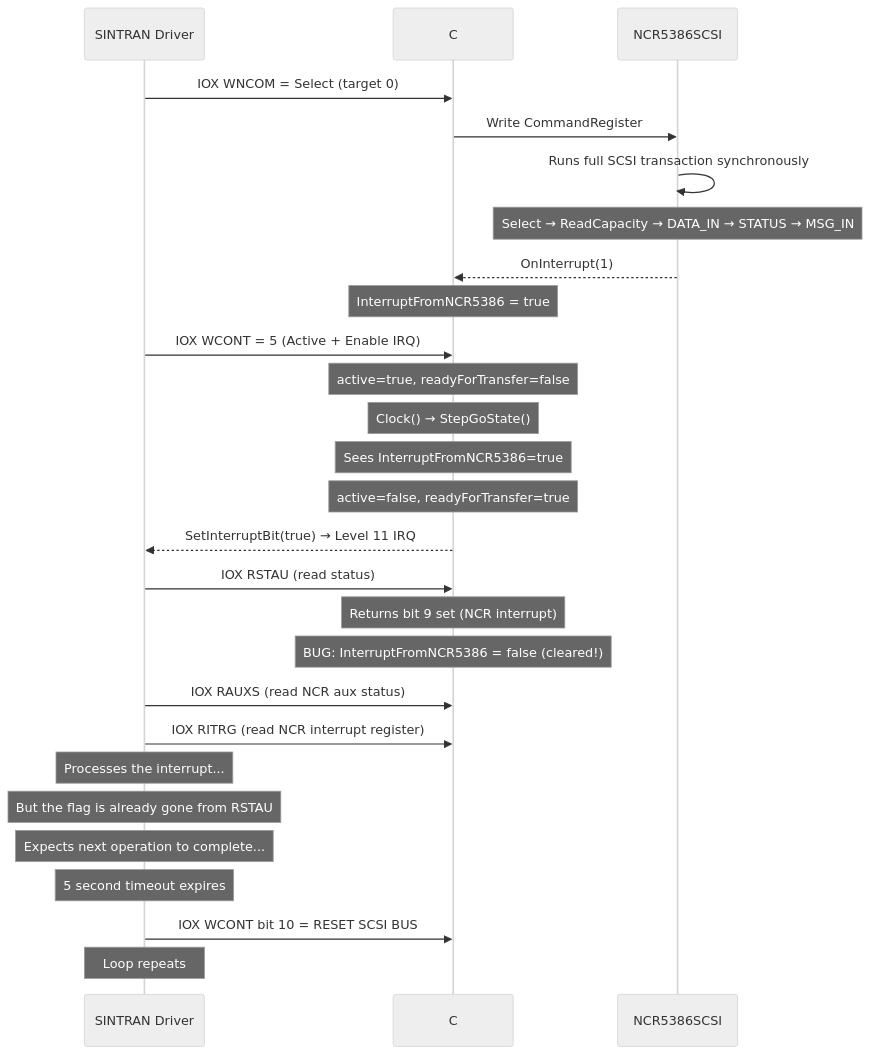
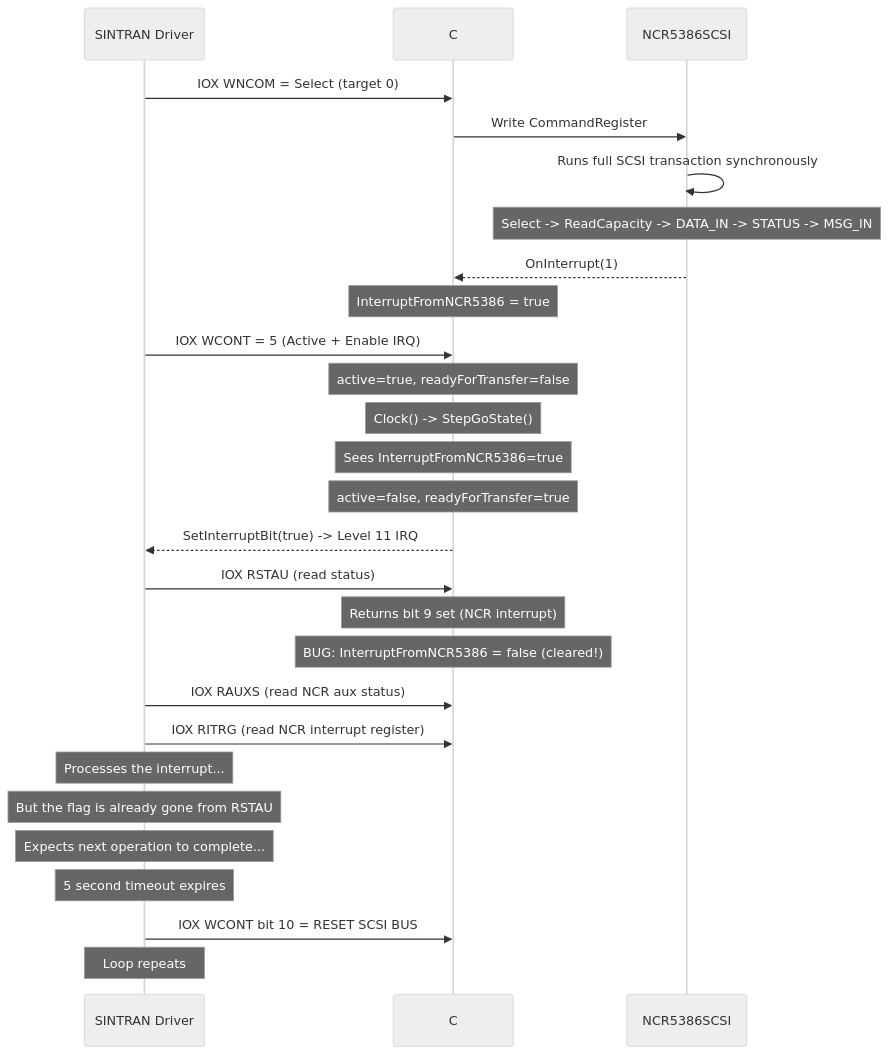
Before and after one commit to HackerCorpLabs/NDInsight: diagram 11 of 13 in SINTRAN/Devices/SCSI/nd-scsi-3201.md, drawn with Mermaid (neutral theme). The commit also changed other lines of this file and 1931 other files, not shown here.

````diff
--- a/SINTRAN/Devices/SCSI/nd-scsi-3201.md
+++ b/SINTRAN/Devices/SCSI/nd-scsi-3201.md
@@ -2359,35 +2713,35 @@
 ```mermaid
 sequenceDiagram
     participant SINT as SINTRAN Driver
     participant CTRL as C# Controller
     participant NCR as NCR5386SCSI
 
     SINT->>CTRL: IOX WNCOM = Select (target 0)
     CTRL->>NCR: Write CommandRegister
     NCR->>NCR: Runs full SCSI transaction synchronously
-    Note over NCR: Select → ReadCapacity → DATA_IN → STATUS → MSG_IN
+    Note over NCR: Select -> ReadCapacity -> DATA_IN -> STATUS -> MSG_IN
     NCR-->>CTRL: OnInterrupt(1)
     Note over CTRL: InterruptFromNCR5386 = true
 
     SINT->>CTRL: IOX WCONT = 5 (Active + Enable IRQ)
     Note over CTRL: active=true, readyForTransfer=false
 
-    Note over CTRL: Clock() → StepGoState()
+    Note over CTRL: Clock() -> StepGoState()
     Note over CTRL: Sees InterruptFromNCR5386=true
     Note over CTRL: active=false, readyForTransfer=true
-    CTRL-->>SINT: SetInterruptBit(true) → Level 11 IRQ
+    CTRL-->>SINT: SetInterruptBit(true) -> Level 11 IRQ
 
     SINT->>CTRL: IOX RSTAU (read status)
     Note over CTRL: Returns bit 9 set (NCR interrupt)
     Note over CTRL: BUG: InterruptFromNCR5386 = false (cleared!)
 
     SINT->>CTRL: IOX RAUXS (read NCR aux status)
     SINT->>CTRL: IOX RITRG (read NCR interrupt register)
     Note over SINT: Processes the interrupt...
     Note over SINT: But the flag is already gone from RSTAU
 
     Note over SINT: Expects next operation to complete...
     Note over SINT: 5 second timeout expires
     SINT->>CTRL: IOX WCONT bit 10 = RESET SCSI BUS
     Note over SINT: Loop repeats
 ```
````
